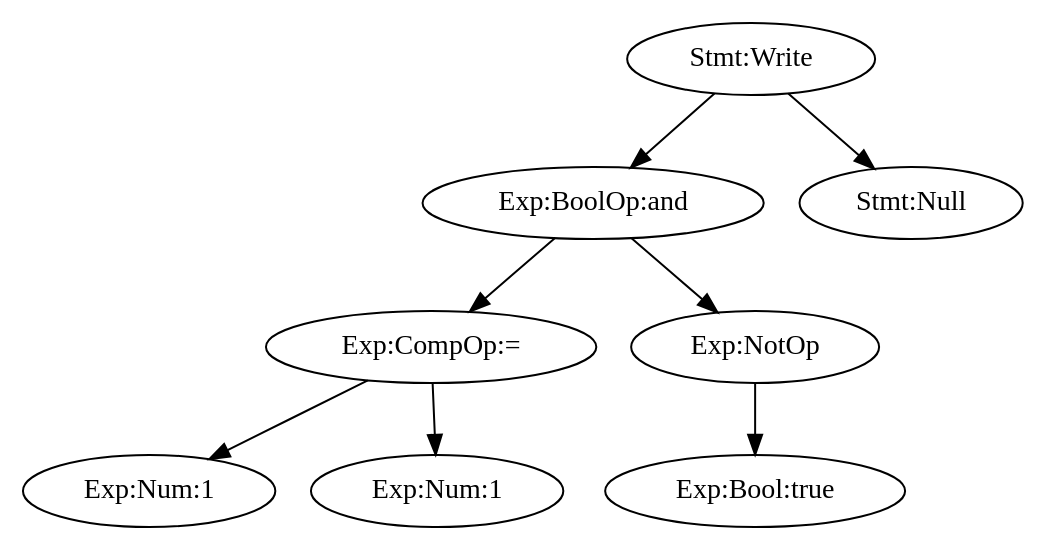
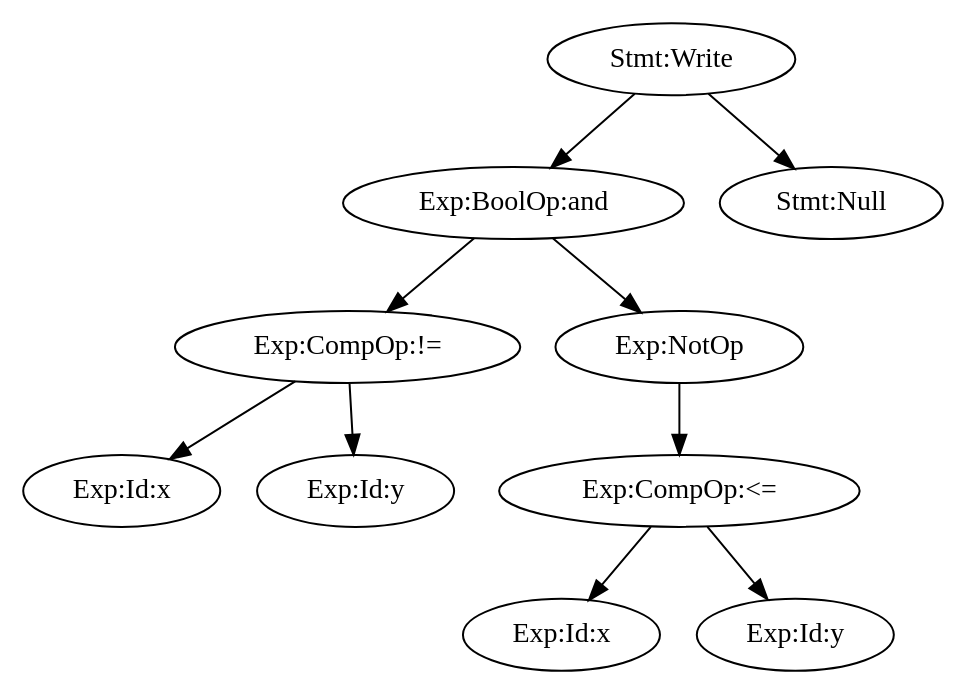
Before and after one commit to bpull/fall16: the diagram in proglang/labs/07/spl.dot, drawn with Graphviz. The commit also changed 23 other files, not shown here.

```diff
--- a/proglang/labs/07/spl.dot
+++ b/proglang/labs/07/spl.dot
@@ -1,17 +1,21 @@
 digraph AST {
 	n1 [label="Stmt:Write"];
 	n2 [label="Exp:BoolOp:and"];
-	n3 [label="Exp:CompOp:="];
-	n4 [label="Exp:Num:1"];
+	n3 [label="Exp:CompOp:!="];
+	n4 [label="Exp:Id:x"];
 	n3 -> n4;
-	n5 [label="Exp:Num:1"];
+	n5 [label="Exp:Id:y"];
 	n3 -> n5;
 	n2 -> n3;
 	n6 [label="Exp:NotOp"];
-	n7 [label="Exp:Bool:true"];
+	n7 [label="Exp:CompOp:<="];
+	n8 [label="Exp:Id:x"];
+	n7 -> n8;
+	n9 [label="Exp:Id:y"];
+	n7 -> n9;
 	n6 -> n7;
 	n2 -> n6;
 	n1 -> n2;
-	n8 [label="Stmt:Null"];
-	n1 -> n8;
+	n10 [label="Stmt:Null"];
+	n1 -> n10;
 }
```
